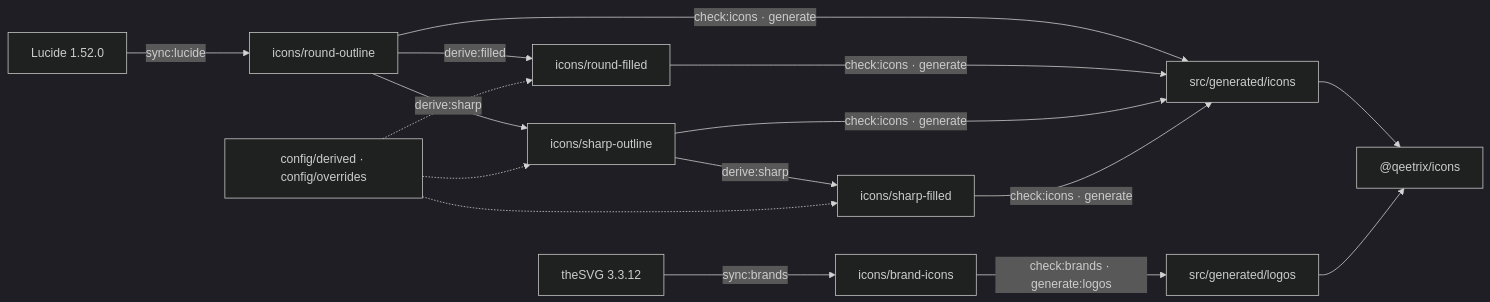
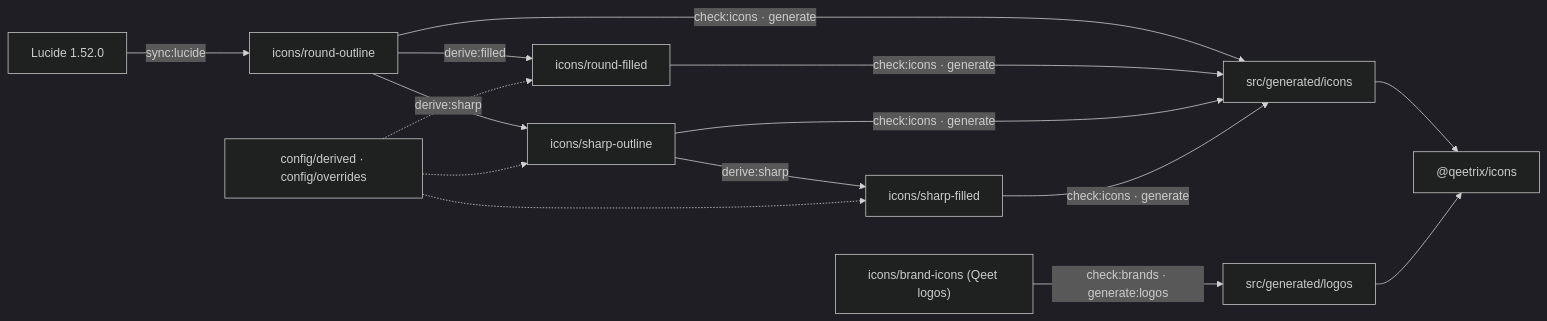
Before and after one commit to qeetgroup/qeetrix-icons: the diagram in README.md, drawn with Mermaid (dark theme). The commit also changed other lines of this file and 20867 other files, not shown here.

````diff
--- a/README.md
+++ b/README.md
@@ -424,13 +384,12 @@
 ```mermaid
 flowchart LR
   L["Lucide 1.52.0"] -->|sync:lucide| RO["icons/round-outline"]
   RO -->|derive:filled| RF["icons/round-filled"]
   RO -->|derive:sharp| SO["icons/sharp-outline"]
   SO -->|derive:sharp| SF["icons/sharp-filled"]
   C["config/derived · config/overrides"] -.-> RF & SO & SF
   RO & RF & SO & SF -->|check:icons · generate| GI["src/generated/icons"]
-  T["theSVG 3.3.12"] -->|sync:brands| B["icons/brand-icons"]
-  B -->|check:brands · generate:logos| GL["src/generated/logos"]
+  B["icons/brand-icons (Qeet logos)"] -->|check:brands · generate:logos| GL["src/generated/logos"]
   GI --> P["@qeetrix/icons"]
   GL --> P
 ```
````
